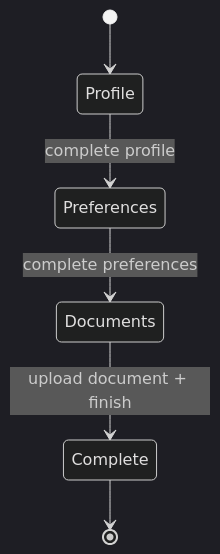
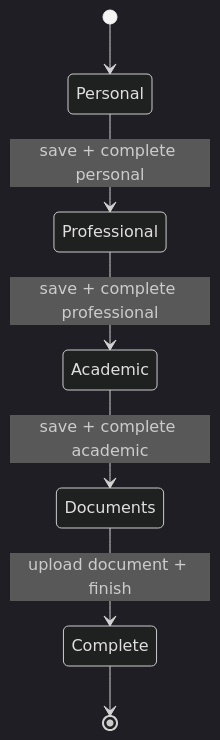
Before and after one commit to Codewith-ARK/job-finder-backend: the eighth of 9 diagrams in docs/FLOWS.md, drawn with Mermaid (dark theme). The commit also changed other lines of this file and 8 other files, not shown here.

````diff
--- a/docs/FLOWS.md
+++ b/docs/FLOWS.md
@@ -132,8 +169,9 @@
 ```mermaid
 stateDiagram-v2
-  [*] --> Profile
-  Profile --> Preferences: complete profile
-  Preferences --> Documents: complete preferences
+  [*] --> Personal
+  Personal --> Professional: save + complete personal
+  Professional --> Academic: save + complete professional
+  Academic --> Documents: save + complete academic
   Documents --> Complete: upload document + finish
   Complete --> [*]
 ```
````
